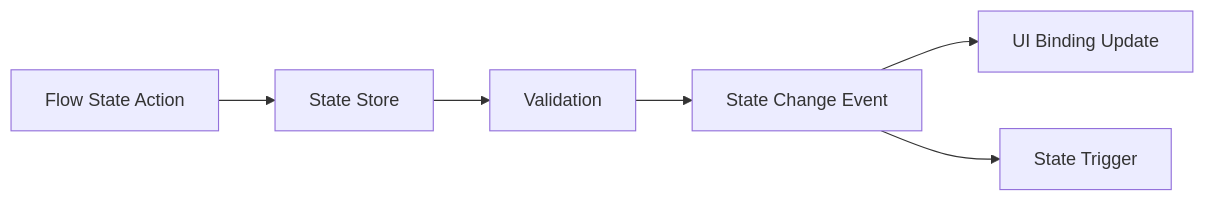
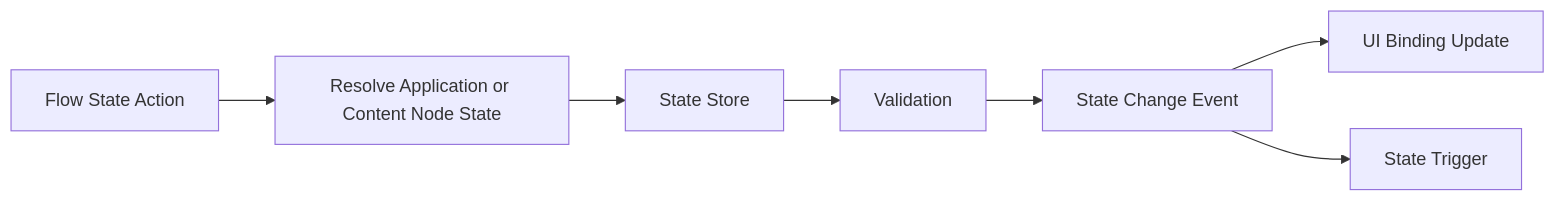
The second of 2 diagrams in docs/architecture/07-state-command-and-history.md (northwest-hcu/FlagShip), drawn with Mermaid before and after one commit. The commit also changed other lines of this file and 11 other files, not shown here.

Commit message:
docs: align architecture with component ownership model

````diff
--- a/docs/architecture/07-state-command-and-history.md
+++ b/docs/architecture/07-state-command-and-history.md
@@ -71,8 +78,9 @@
 ```mermaid
 flowchart LR
-    Action["Flow State Action"] --> Store["State Store"]
+    Action["Flow State Action"] --> Resolve["Resolve Application or Content Node State"]
+    Resolve --> Store["State Store"]
     Store --> Validation
     Validation --> Event["State Change Event"]
     Event --> Binding["UI Binding Update"]
     Event --> Trigger["State Trigger"]
 ```
````
